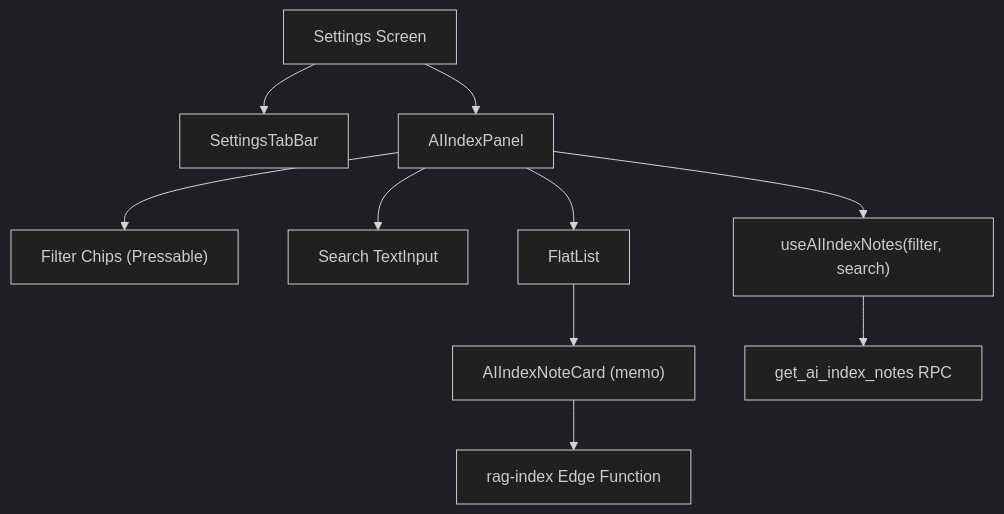
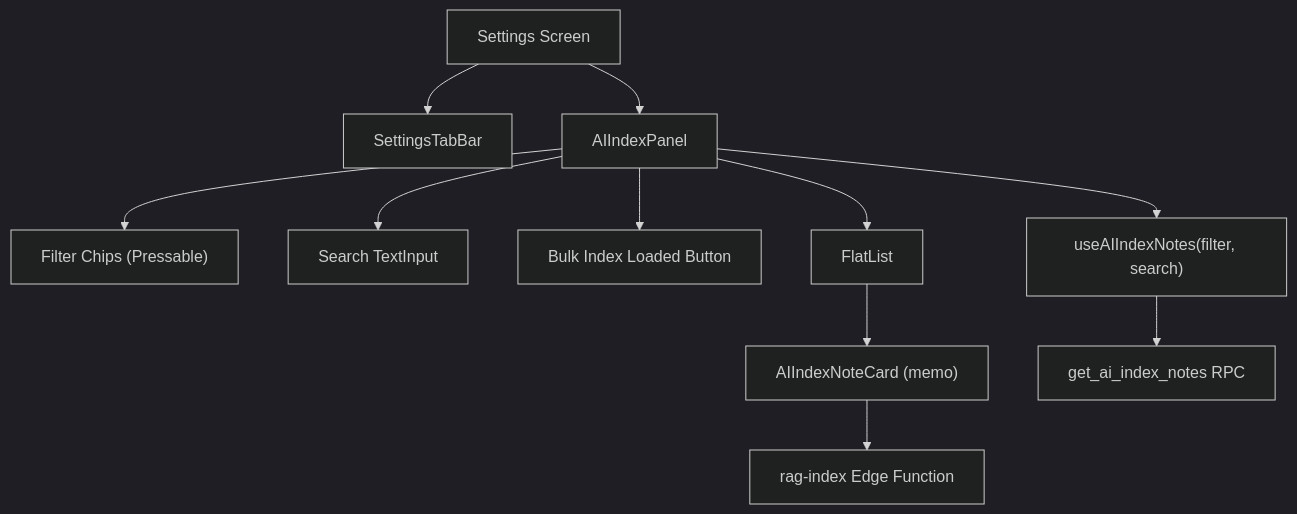
Before and after one commit to koreyba/EverFreeNote: the second of 2 diagrams in docs/ai/design/feature-ai-index-page.md, drawn with Mermaid (dark theme). The commit also changed other lines of this file and 10 other files, not shown here.

````diff
--- a/docs/ai/design/feature-ai-index-page.md
+++ b/docs/ai/design/feature-ai-index-page.md
@@ -182,12 +208,13 @@
 ```mermaid
 graph TD
     SS["Settings Screen"] --> TB["SettingsTabBar"]
     SS --> AIP["AIIndexPanel"]
     AIP --> CHIPS["Filter Chips (Pressable)"]
     AIP --> SINPUT["Search TextInput"]
+    AIP --> BCTA["Bulk Index Loaded Button"]
     AIP --> FL["FlatList"]
     FL --> CARD["AIIndexNoteCard (memo)"]
     AIP --> HOOK["useAIIndexNotes(filter, search)"]
     CARD --> MUTATE["rag-index Edge Function"]
     HOOK --> FETCH["get_ai_index_notes RPC"]
 ```
````
